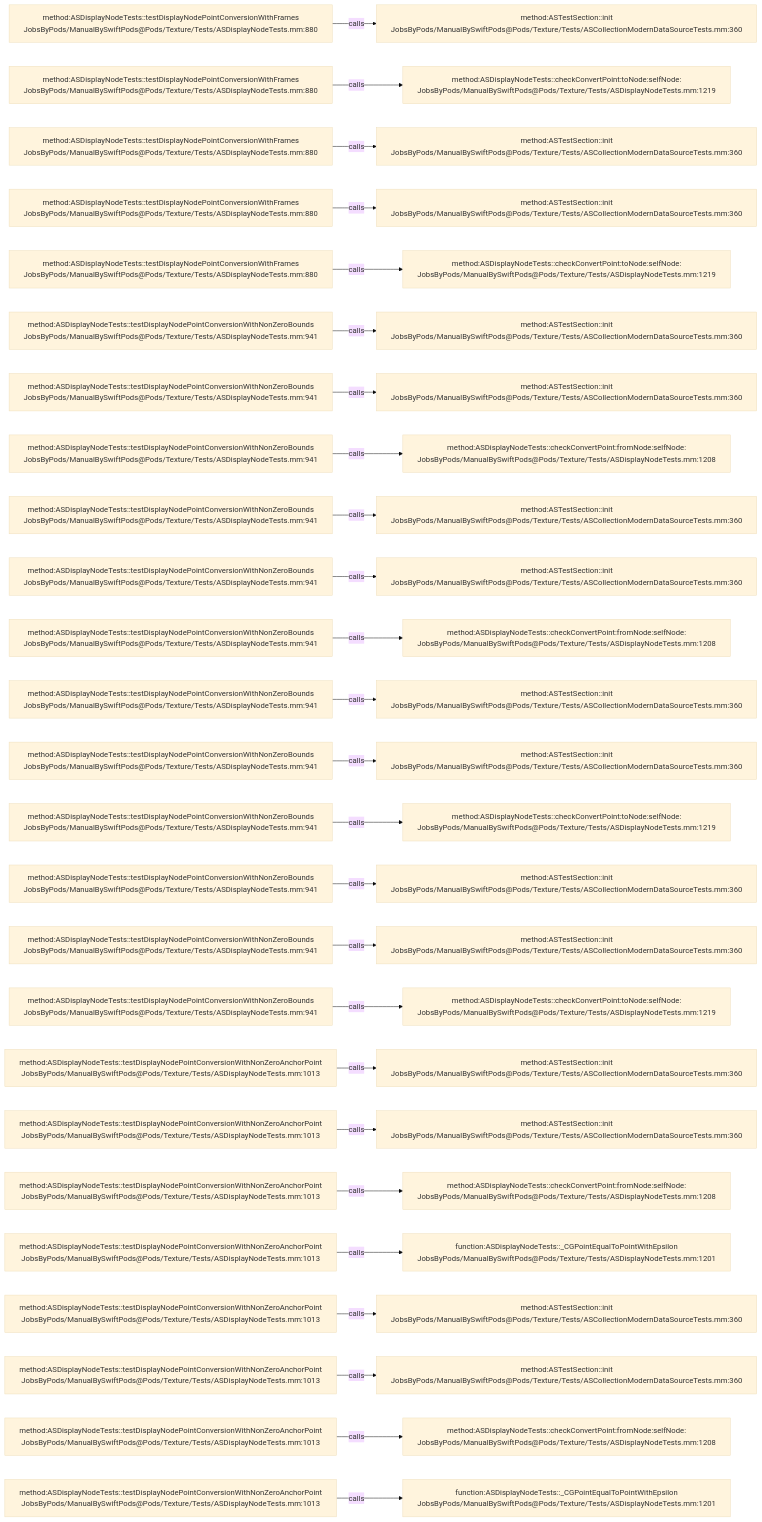
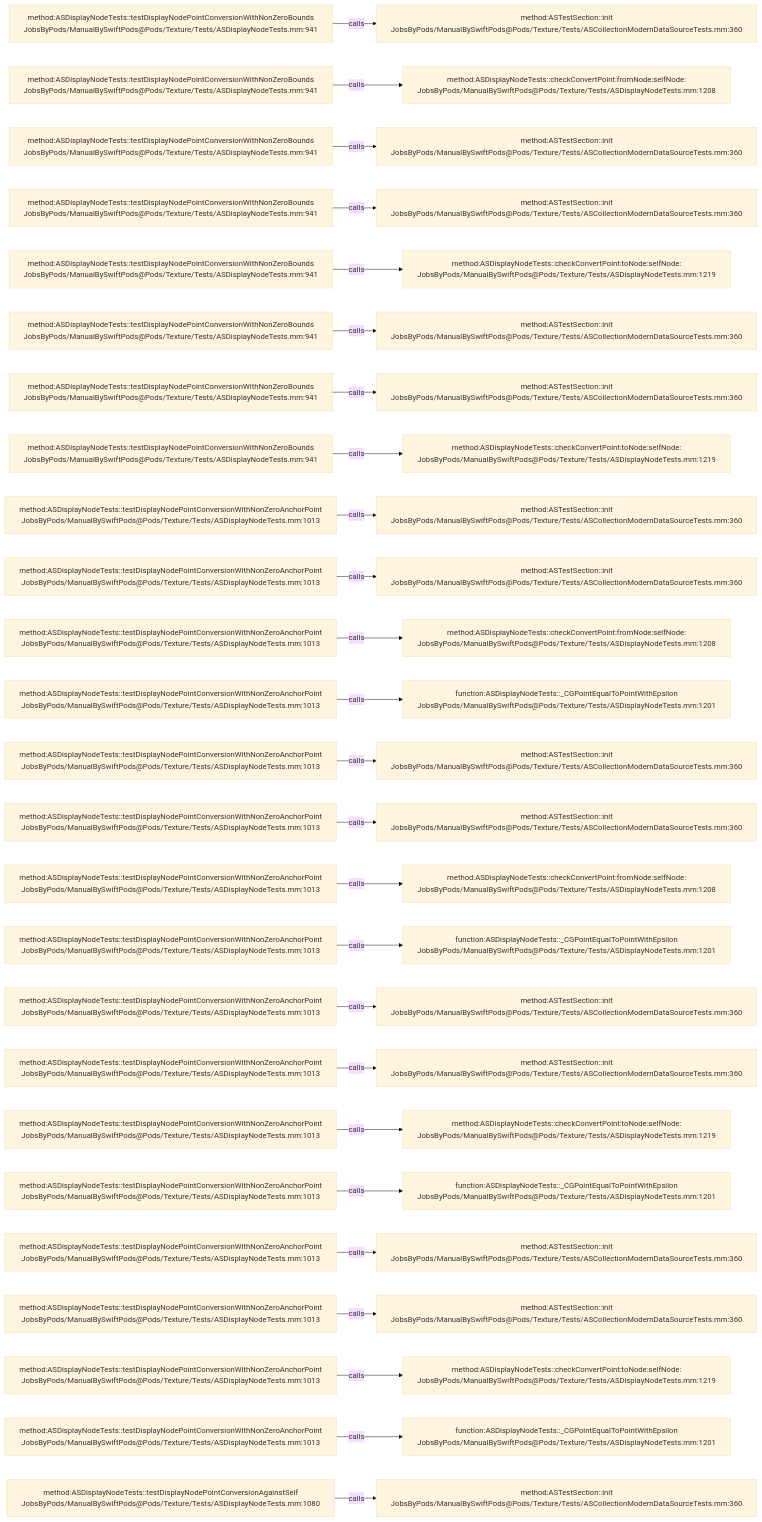
The diagram in .codegraph/codegraph.md/graphs/calls-189.md (JobsKits/JobsSwiftBaseConfigDemo), drawn with Mermaid (base theme) before and after one commit. The commit also changed 707 other files, not shown here.

````diff
--- a/.codegraph/codegraph.md/graphs/calls-189.md
+++ b/.codegraph/codegraph.md/graphs/calls-189.md
@@ -13,78 +13,78 @@
 ```mermaid
 flowchart LR
-  S1["method:ASDisplayNodeTests::testDisplayNodePointConversionWithFrames<br/>JobsByPods/ManualBySwiftPods@Pods/Texture/Tests/ASDisplayNodeTests.mm:880"]
+  S1["method:ASDisplayNodeTests::testDisplayNodePointConversionWithNonZeroBounds<br/>JobsByPods/ManualBySwiftPods@Pods/Texture/Tests/ASDisplayNodeTests.mm:941"]
   T1["method:ASTestSection::init<br/>JobsByPods/ManualBySwiftPods@Pods/Texture/Tests/ASCollectionModernDataSourceTests.mm:360"]
   S1 -->|calls| T1
-  S2["method:ASDisplayNodeTests::testDisplayNodePointConversionWithFrames<br/>JobsByPods/ManualBySwiftPods@Pods/Texture/Tests/ASDisplayNodeTests.mm:880"]
-  T2["method:ASDisplayNodeTests::checkConvertPoint:toNode:selfNode:<br/>JobsByPods/ManualBySwiftPods@Pods/Texture/Tests/ASDisplayNodeTests.mm:1219"]
+  S2["method:ASDisplayNodeTests::testDisplayNodePointConversionWithNonZeroBounds<br/>JobsByPods/ManualBySwiftPods@Pods/Texture/Tests/ASDisplayNodeTests.mm:941"]
+  T2["method:ASDisplayNodeTests::checkConvertPoint:fromNode:selfNode:<br/>JobsByPods/ManualBySwiftPods@Pods/Texture/Tests/ASDisplayNodeTests.mm:1208"]
   S2 -->|calls| T2
-  S3["method:ASDisplayNodeTests::testDisplayNodePointConversionWithFrames<br/>JobsByPods/ManualBySwiftPods@Pods/Texture/Tests/ASDisplayNodeTests.mm:880"]
+  S3["method:ASDisplayNodeTests::testDisplayNodePointConversionWithNonZeroBounds<br/>JobsByPods/ManualBySwiftPods@Pods/Texture/Tests/ASDisplayNodeTests.mm:941"]
   T3["method:ASTestSection::init<br/>JobsByPods/ManualBySwiftPods@Pods/Texture/Tests/ASCollectionModernDataSourceTests.mm:360"]
   S3 -->|calls| T3
-  S4["method:ASDisplayNodeTests::testDisplayNodePointConversionWithFrames<br/>JobsByPods/ManualBySwiftPods@Pods/Texture/Tests/ASDisplayNodeTests.mm:880"]
+  S4["method:ASDisplayNodeTests::testDisplayNodePointConversionWithNonZeroBounds<br/>JobsByPods/ManualBySwiftPods@Pods/Texture/Tests/ASDisplayNodeTests.mm:941"]
   T4["method:ASTestSection::init<br/>JobsByPods/ManualBySwiftPods@Pods/Texture/Tests/ASCollectionModernDataSourceTests.mm:360"]
   S4 -->|calls| T4
-  S5["method:ASDisplayNodeTests::testDisplayNodePointConversionWithFrames<br/>JobsByPods/ManualBySwiftPods@Pods/Texture/Tests/ASDisplayNodeTests.mm:880"]
+  S5["method:ASDisplayNodeTests::testDisplayNodePointConversionWithNonZeroBounds<br/>JobsByPods/ManualBySwiftPods@Pods/Texture/Tests/ASDisplayNodeTests.mm:941"]
   T5["method:ASDisplayNodeTests::checkConvertPoint:toNode:selfNode:<br/>JobsByPods/ManualBySwiftPods@Pods/Texture/Tests/ASDisplayNodeTests.mm:1219"]
   S5 -->|calls| T5
   S6["method:ASDisplayNodeTests::testDisplayNodePointConversionWithNonZeroBounds<br/>JobsByPods/ManualBySwiftPods@Pods/Texture/Tests/ASDisplayNodeTests.mm:941"]
   T6["method:ASTestSection::init<br/>JobsByPods/ManualBySwiftPods@Pods/Texture/Tests/ASCollectionModernDataSourceTests.mm:360"]
   S6 -->|calls| T6
   S7["method:ASDisplayNodeTests::testDisplayNodePointConversionWithNonZeroBounds<br/>JobsByPods/ManualBySwiftPods@Pods/Texture/Tests/ASDisplayNodeTests.mm:941"]
   T7["method:ASTestSection::init<br/>JobsByPods/ManualBySwiftPods@Pods/Texture/Tests/ASCollectionModernDataSourceTests.mm:360"]
   S7 -->|calls| T7
   S8["method:ASDisplayNodeTests::testDisplayNodePointConversionWithNonZeroBounds<br/>JobsByPods/ManualBySwiftPods@Pods/Texture/Tests/ASDisplayNodeTests.mm:941"]
-  T8["method:ASDisplayNodeTests::checkConvertPoint:fromNode:selfNode:<br/>JobsByPods/ManualBySwiftPods@Pods/Texture/Tests/ASDisplayNodeTests.mm:1208"]
+  T8["method:ASDisplayNodeTests::checkConvertPoint:toNode:selfNode:<br/>JobsByPods/ManualBySwiftPods@Pods/Texture/Tests/ASDisplayNodeTests.mm:1219"]
   S8 -->|calls| T8
-  S9["method:ASDisplayNodeTests::testDisplayNodePointConversionWithNonZeroBounds<br/>JobsByPods/ManualBySwiftPods@Pods/Texture/Tests/ASDisplayNodeTests.mm:941"]
+  S9["method:ASDisplayNodeTests::testDisplayNodePointConversionWithNonZeroAnchorPoint<br/>JobsByPods/ManualBySwiftPods@Pods/Texture/Tests/ASDisplayNodeTests.mm:1013"]
   T9["method:ASTestSection::init<br/>JobsByPods/ManualBySwiftPods@Pods/Texture/Tests/ASCollectionModernDataSourceTests.mm:360"]
   S9 -->|calls| T9
-  S10["method:ASDisplayNodeTests::testDisplayNodePointConversionWithNonZeroBounds<br/>JobsByPods/ManualBySwiftPods@Pods/Texture/Tests/ASDisplayNodeTests.mm:941"]
+  S10["method:ASDisplayNodeTests::testDisplayNodePointConversionWithNonZeroAnchorPoint<br/>JobsByPods/ManualBySwiftPods@Pods/Texture/Tests/ASDisplayNodeTests.mm:1013"]
   T10["method:ASTestSection::init<br/>JobsByPods/ManualBySwiftPods@Pods/Texture/Tests/ASCollectionModernDataSourceTests.mm:360"]
   S10 -->|calls| T10
-  S11["method:ASDisplayNodeTests::testDisplayNodePointConversionWithNonZeroBounds<br/>JobsByPods/ManualBySwiftPods@Pods/Texture/Tests/ASDisplayNodeTests.mm:941"]
+  S11["method:ASDisplayNodeTests::testDisplayNodePointConversionWithNonZeroAnchorPoint<br/>JobsByPods/ManualBySwiftPods@Pods/Texture/Tests/ASDisplayNodeTests.mm:1013"]
   T11["method:ASDisplayNodeTests::checkConvertPoint:fromNode:selfNode:<br/>JobsByPods/ManualBySwiftPods@Pods/Texture/Tests/ASDisplayNodeTests.mm:1208"]
   S11 -->|calls| T11
-  S12["method:ASDisplayNodeTests::testDisplayNodePointConversionWithNonZeroBounds<br/>JobsByPods/ManualBySwiftPods@Pods/Texture/Tests/ASDisplayNodeTests.mm:941"]
-  T12["method:ASTestSection::init<br/>JobsByPods/ManualBySwiftPods@Pods/Texture/Tests/ASCollectionModernDataSourceTests.mm:360"]
+  S12["method:ASDisplayNodeTests::testDisplayNodePointConversionWithNonZeroAnchorPoint<br/>JobsByPods/ManualBySwiftPods@Pods/Texture/Tests/ASDisplayNodeTests.mm:1013"]
+  T12["function:ASDisplayNodeTests::_CGPointEqualToPointWithEpsilon<br/>JobsByPods/ManualBySwiftPods@Pods/Texture/Tests/ASDisplayNodeTests.mm:1201"]
   S12 -->|calls| T12
-  S13["method:ASDisplayNodeTests::testDisplayNodePointConversionWithNonZeroBounds<br/>JobsByPods/ManualBySwiftPods@Pods/Texture/Tests/ASDisplayNodeTests.mm:941"]
+  S13["method:ASDisplayNodeTests::testDisplayNodePointConversionWithNonZeroAnchorPoint<br/>JobsByPods/ManualBySwiftPods@Pods/Texture/Tests/ASDisplayNodeTests.mm:1013"]
   T13["method:ASTestSection::init<br/>JobsByPods/ManualBySwiftPods@Pods/Texture/Tests/ASCollectionModernDataSourceTests.mm:360"]
   S13 -->|calls| T13
-  S14["method:ASDisplayNodeTests::testDisplayNodePointConversionWithNonZeroBounds<br/>JobsByPods/ManualBySwiftPods@Pods/Texture/Tests/ASDisplayNodeTests.mm:941"]
-  T14["method:ASDisplayNodeTests::checkConvertPoint:toNode:selfNode:<br/>JobsByPods/ManualBySwiftPods@Pods/Texture/Tests/ASDisplayNodeTests.mm:1219"]
+  S14["method:ASDisplayNodeTests::testDisplayNodePointConversionWithNonZeroAnchorPoint<br/>JobsByPods/ManualBySwiftPods@Pods/Texture/Tests/ASDisplayNodeTests.mm:1013"]
+  T14["method:ASTestSection::init<br/>JobsByPods/ManualBySwiftPods@Pods/Texture/Tests/ASCollectionModernDataSourceTests.mm:360"]
   S14 -->|calls| T14
-  S15["method:ASDisplayNodeTests::testDisplayNodePointConversionWithNonZeroBounds<br/>JobsByPods/ManualBySwiftPods@Pods/Texture/Tests/ASDisplayNodeTests.mm:941"]
-  T15["method:ASTestSection::init<br/>JobsByPods/ManualBySwiftPods@Pods/Texture/Tests/ASCollectionModernDataSourceTests.mm:360"]
+  S15["method:ASDisplayNodeTests::testDisplayNodePointConversionWithNonZeroAnchorPoint<br/>JobsByPods/ManualBySwiftPods@Pods/Texture/Tests/ASDisplayNodeTests.mm:1013"]
+  T15["method:ASDisplayNodeTests::checkConvertPoint:fromNode:selfNode:<br/>JobsByPods/ManualBySwiftPods@Pods/Texture/Tests/ASDisplayNodeTests.mm:1208"]
   S15 -->|calls| T15
-  S16["method:ASDisplayNodeTests::testDisplayNodePointConversionWithNonZeroBounds<br/>JobsByPods/ManualBySwiftPods@Pods/Texture/Tests/ASDisplayNodeTests.mm:941"]
-  T16["method:ASTestSection::init<br/>JobsByPods/ManualBySwiftPods@Pods/Texture/Tests/ASCollectionModernDataSourceTests.mm:360"]
+  S16["method:ASDisplayNodeTests::testDisplayNodePointConversionWithNonZeroAnchorPoint<br/>JobsByPods/ManualBySwiftPods@Pods/Texture/Tests/ASDisplayNodeTests.mm:1013"]
+  T16["function:ASDisplayNodeTests::_CGPointEqualToPointWithEpsilon<br/>JobsByPods/ManualBySwiftPods@Pods/Texture/Tests/ASDisplayNodeTests.mm:1201"]
   S16 -->|calls| T16
-  S17["method:ASDisplayNodeTests::testDisplayNodePointConversionWithNonZeroBounds<br/>JobsByPods/ManualBySwiftPods@Pods/Texture/Tests/ASDisplayNodeTests.mm:941"]
-  T17["method:ASDisplayNodeTests::checkConvertPoint:toNode:selfNode:<br/>JobsByPods/ManualBySwiftPods@Pods/Texture/Tests/ASDisplayNodeTests.mm:1219"]
+  S17["method:ASDisplayNodeTests::testDisplayNodePointConversionWithNonZeroAnchorPoint<br/>JobsByPods/ManualBySwiftPods@Pods/Texture/Tests/ASDisplayNodeTests.mm:1013"]
+  T17["method:ASTestSection::init<br/>JobsByPods/ManualBySwiftPods@Pods/Texture/Tests/ASCollectionModernDataSourceTests.mm:360"]
   S17 -->|calls| T17
   S18["method:ASDisplayNodeTests::testDisplayNodePointConversionWithNonZeroAnchorPoint<br/>JobsByPods/ManualBySwiftPods@Pods/Texture/Tests/ASDisplayNodeTests.mm:1013"]
   T18["method:ASTestSection::init<br/>JobsByPods/ManualBySwiftPods@Pods/Texture/Tests/ASCollectionModernDataSourceTests.mm:360"]
   S18 -->|calls| T18
   S19["method:ASDisplayNodeTests::testDisplayNodePointConversionWithNonZeroAnchorPoint<br/>JobsByPods/ManualBySwiftPods@Pods/Texture/Tests/ASDisplayNodeTests.mm:1013"]
-  T19["method:ASTestSection::init<br/>JobsByPods/ManualBySwiftPods@Pods/Texture/Tests/ASCollectionModernDataSourceTests.mm:360"]
+  T19["method:ASDisplayNodeTests::checkConvertPoint:toNode:selfNode:<br/>JobsByPods/ManualBySwiftPods@Pods/Texture/Tests/ASDisplayNodeTests.mm:1219"]
   S19 -->|calls| T19
   S20["method:ASDisplayNodeTests::testDisplayNodePointConversionWithNonZeroAnchorPoint<br/>JobsByPods/ManualBySwiftPods@Pods/Texture/Tests/ASDisplayNodeTests.mm:1013"]
-  T20["method:ASDisplayNodeTests::checkConvertPoint:fromNode:selfNode:<br/>JobsByPods/ManualBySwiftPods@Pods/Texture/Tests/ASDisplayNodeTests.mm:1208"]
+  T20["function:ASDisplayNodeTests::_CGPointEqualToPointWithEpsilon<br/>JobsByPods/ManualBySwiftPods@Pods/Texture/Tests/ASDisplayNodeTests.mm:1201"]
   S20 -->|calls| T20
   S21["method:ASDisplayNodeTests::testDisplayNodePointConversionWithNonZeroAnchorPoint<br/>JobsByPods/ManualBySwiftPods@Pods/Texture/Tests/ASDisplayNodeTests.mm:1013"]
-  T21["function:ASDisplayNodeTests::_CGPointEqualToPointWithEpsilon<br/>JobsByPods/ManualBySwiftPods@Pods/Texture/Tests/ASDisplayNodeTests.mm:1201"]
+  T21["method:ASTestSection::init<br/>JobsByPods/ManualBySwiftPods@Pods/Texture/Tests/ASCollectionModernDataSourceTests.mm:360"]
   S21 -->|calls| T21
   S22["method:ASDisplayNodeTests::testDisplayNodePointConversionWithNonZeroAnchorPoint<br/>JobsByPods/ManualBySwiftPods@Pods/Texture/Tests/ASDisplayNodeTests.mm:1013"]
   T22["method:ASTestSection::init<br/>JobsByPods/ManualBySwiftPods@Pods/Texture/Tests/ASCollectionModernDataSourceTests.mm:360"]
   S22 -->|calls| T22
   S23["method:ASDisplayNodeTests::testDisplayNodePointConversionWithNonZeroAnchorPoint<br/>JobsByPods/ManualBySwiftPods@Pods/Texture/Tests/ASDisplayNodeTests.mm:1013"]
-  T23["method:ASTestSection::init<br/>JobsByPods/ManualBySwiftPods@Pods/Texture/Tests/ASCollectionModernDataSourceTests.mm:360"]
+  T23["method:ASDisplayNodeTests::checkConvertPoint:toNode:selfNode:<br/>JobsByPods/ManualBySwiftPods@Pods/Texture/Tests/ASDisplayNodeTests.mm:1219"]
   S23 -->|calls| T23
   S24["method:ASDisplayNodeTests::testDisplayNodePointConversionWithNonZeroAnchorPoint<br/>JobsByPods/ManualBySwiftPods@Pods/Texture/Tests/ASDisplayNodeTests.mm:1013"]
-  T24["method:ASDisplayNodeTests::checkConvertPoint:fromNode:selfNode:<br/>JobsByPods/ManualBySwiftPods@Pods/Texture/Tests/ASDisplayNodeTests.mm:1208"]
+  T24["function:ASDisplayNodeTests::_CGPointEqualToPointWithEpsilon<br/>JobsByPods/ManualBySwiftPods@Pods/Texture/Tests/ASDisplayNodeTests.mm:1201"]
   S24 -->|calls| T24
-  S25["method:ASDisplayNodeTests::testDisplayNodePointConversionWithNonZeroAnchorPoint<br/>JobsByPods/ManualBySwiftPods@Pods/Texture/Tests/ASDisplayNodeTests.mm:1013"]
-  T25["function:ASDisplayNodeTests::_CGPointEqualToPointWithEpsilon<br/>JobsByPods/ManualBySwiftPods@Pods/Texture/Tests/ASDisplayNodeTests.mm:1201"]
+  S25["method:ASDisplayNodeTests::testDisplayNodePointConversionAgainstSelf<br/>JobsByPods/ManualBySwiftPods@Pods/Texture/Tests/ASDisplayNodeTests.mm:1080"]
+  T25["method:ASTestSection::init<br/>JobsByPods/ManualBySwiftPods@Pods/Texture/Tests/ASCollectionModernDataSourceTests.mm:360"]
   S25 -->|calls| T25
 ```
````
